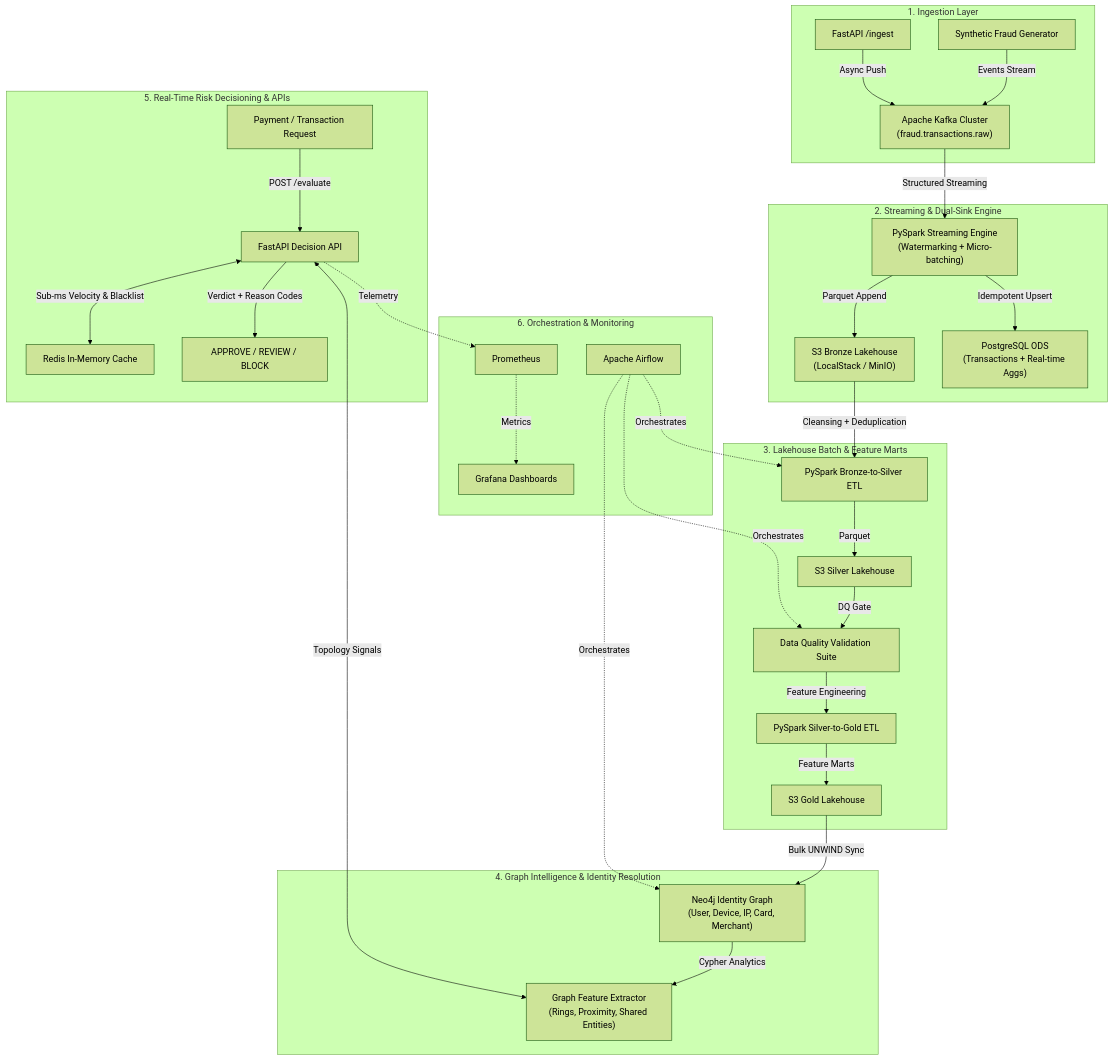
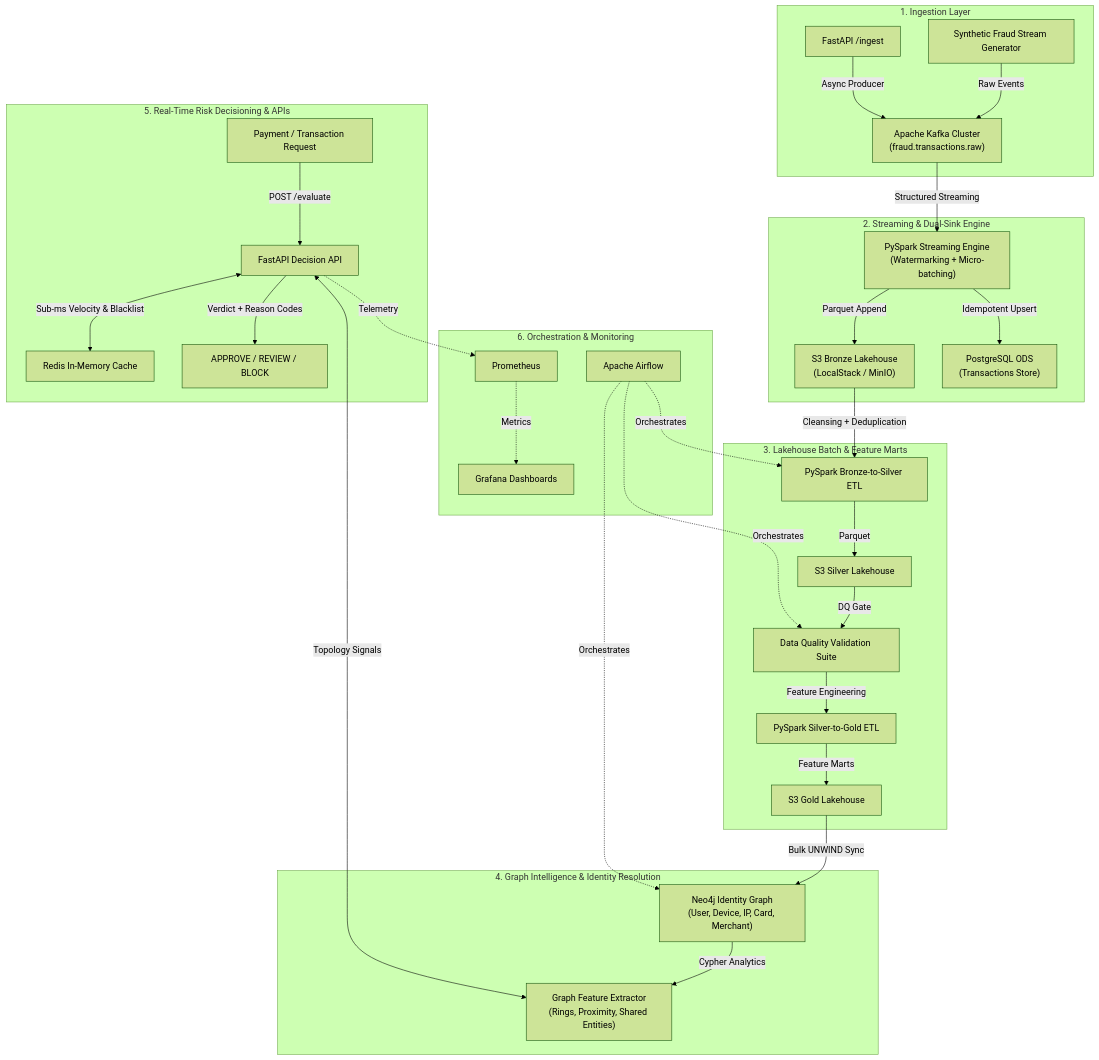
Before and after one commit to Ayman1618/RiskGraph: the diagram in README.md, drawn with Mermaid (forest theme). The commit also changed other lines of this file and 4 other files, not shown here.

````diff
--- a/README.md
+++ b/README.md
@@ -18,41 +24,41 @@
 ```mermaid
 flowchart TD
     subgraph INGESTION ["1. Ingestion Layer"]
-        GEN["Synthetic Fraud Generator"] -->|Events Stream| KAFKA["Apache Kafka Cluster\n(fraud.transactions.raw)"]
-        API_INGEST["FastAPI /ingest"] -->|Async Push| KAFKA
+        GEN["Synthetic Fraud Stream Generator"] -->|Raw Events| KAFKA["Apache Kafka Cluster\n(fraud.transactions.raw)"]
+        API_INGEST["FastAPI /ingest"] -->|Async Producer| KAFKA
     end
 
     subgraph STREAMING ["2. Streaming & Dual-Sink Engine"]
         KAFKA -->|Structured Streaming| SPARK_STR["PySpark Streaming Engine\n(Watermarking + Micro-batching)"]
         SPARK_STR -->|Parquet Append| S3_BRONZE["S3 Bronze Lakehouse\n(LocalStack / MinIO)"]
-        SPARK_STR -->|Idempotent Upsert| PG_ODS["PostgreSQL ODS\n(Transactions + Real-time Aggs)"]
+        SPARK_STR -->|Idempotent Upsert| PG_ODS["PostgreSQL ODS\n(Transactions Store)"]
     end
 
     subgraph LAKEHOUSE ["3. Lakehouse Batch & Feature Marts"]
         S3_BRONZE -->|Cleansing + Deduplication| BATCH_S2S["PySpark Bronze-to-Silver ETL"]
         BATCH_S2S -->|Parquet| S3_SILVER["S3 Silver Lakehouse"]
         S3_SILVER -->|DQ Gate| DQ_CHECK["Data Quality Validation Suite"]
         DQ_CHECK -->|Feature Engineering| BATCH_S2G["PySpark Silver-to-Gold ETL"]
         BATCH_S2G -->|Feature Marts| S3_GOLD["S3 Gold Lakehouse"]
     end
 
     subgraph GRAPH ["4. Graph Intelligence & Identity Resolution"]
         S3_GOLD -->|Bulk UNWIND Sync| NEO4J["Neo4j Identity Graph\n(User, Device, IP, Card, Merchant)"]
         NEO4J -->|Cypher Analytics| GRAPH_ENG["Graph Feature Extractor\n(Rings, Proximity, Shared Entities)"]
     end
 
     subgraph DECISION ["5. Real-Time Risk Decisioning & APIs"]
         REQ["Payment / Transaction Request"] -->|POST /evaluate| FASTAPI["FastAPI Decision API"]
         FASTAPI <-->|Sub-ms Velocity & Blacklist| REDIS["Redis In-Memory Cache"]
         FASTAPI <-->|Topology Signals| GRAPH_ENG
         FASTAPI -->|Verdict + Reason Codes| RESP["APPROVE / REVIEW / BLOCK"]
     end
 
     subgraph ORCHESTRATION ["6. Orchestration & Monitoring"]
         AIRFLOW["Apache Airflow"] -.->|Orchestrates| BATCH_S2S
         AIRFLOW -.->|Orchestrates| DQ_CHECK
         AIRFLOW -.->|Orchestrates| NEO4J
         FASTAPI -.->|Telemetry| PROM["Prometheus"]
         PROM -.->|Metrics| GRAFANA["Grafana Dashboards"]
     end
 ```
````
